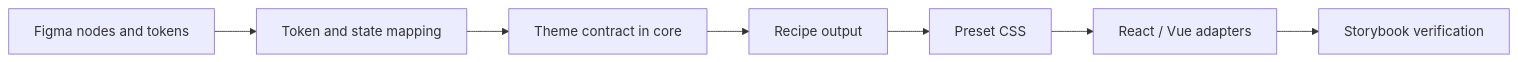
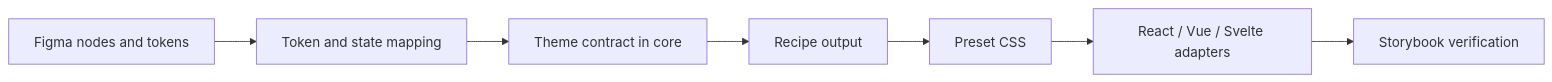
The fifth of 5 diagrams in docs/reference/architecture.md (niklas-westman/marwes), drawn with Mermaid before and after one commit. The commit also changed other lines of this file and 947 other files, not shown here.

````diff
--- a/docs/reference/architecture.md
+++ b/docs/reference/architecture.md
@@ -175,9 +185,9 @@
 ```mermaid
 flowchart LR
   Figma["Figma nodes and tokens"] --> Mapping["Token and state mapping"]
   Mapping --> Theme["Theme contract in core"]
   Theme --> Recipe["Recipe output"]
   Recipe --> CSS["Preset CSS"]
-  CSS --> Adapters["React / Vue adapters"]
+  CSS --> Adapters["React / Vue / Svelte adapters"]
   Adapters --> Stories["Storybook verification"]
 ```
````
